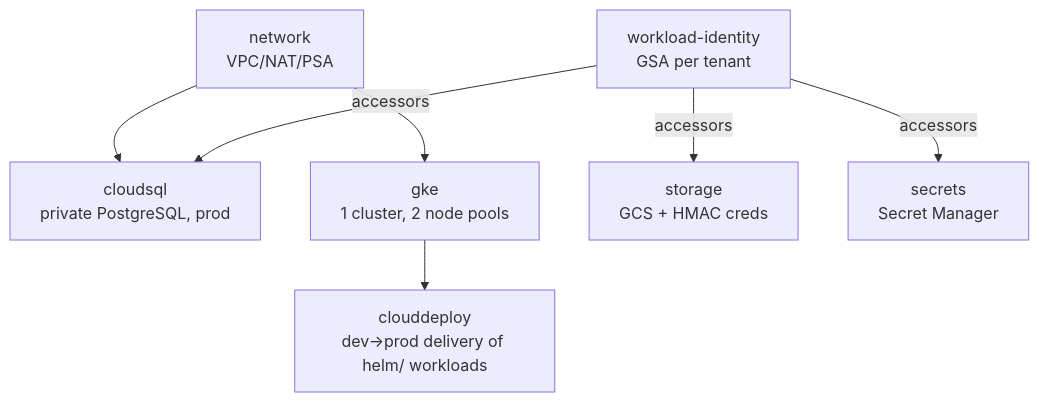
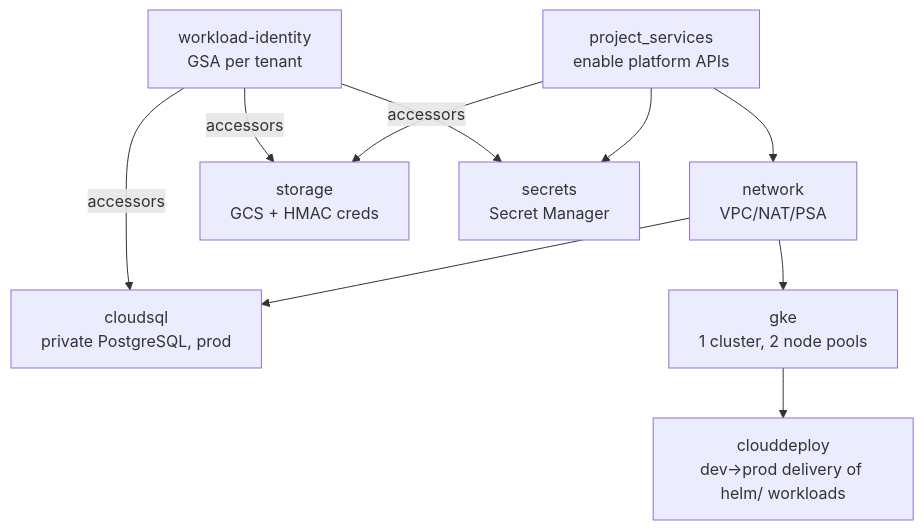
Before and after one commit to pilprod/yourown-chat: the first of 2 diagrams in README.md, drawn with Mermaid. The commit also changed other lines of this file and 13 other files, not shown here.

First line of the commit message:
infra: enable APIs in the stacks; INIT.md only for minimal bootstrap

````diff
--- a/README.md
+++ b/README.md
@@ -106,12 +106,13 @@
 ```mermaid
 graph TD
-  NET[network<br/>VPC/NAT/PSA] --> SQL[cloudsql<br/>private PostgreSQL, prod]
+  PS[project_services<br/>enable platform APIs] --> NET[network<br/>VPC/NAT/PSA]
+  PS --> STO[storage<br/>GCS + HMAC creds]
+  PS --> SEC[secrets<br/>Secret Manager]
+  NET --> SQL[cloudsql<br/>private PostgreSQL, prod]
   NET --> GKE[gke<br/>1 cluster, 2 node pools]
-  STO[storage<br/>GCS + HMAC creds]
   WI[workload-identity<br/>GSA per tenant]
-  SEC[secrets<br/>Secret Manager]
   WI -->|accessors| SQL
   WI -->|accessors| STO
   WI -->|accessors| SEC
   GKE --> CD[clouddeploy<br/>dev→prod delivery of helm/ workloads]
 ```
````
